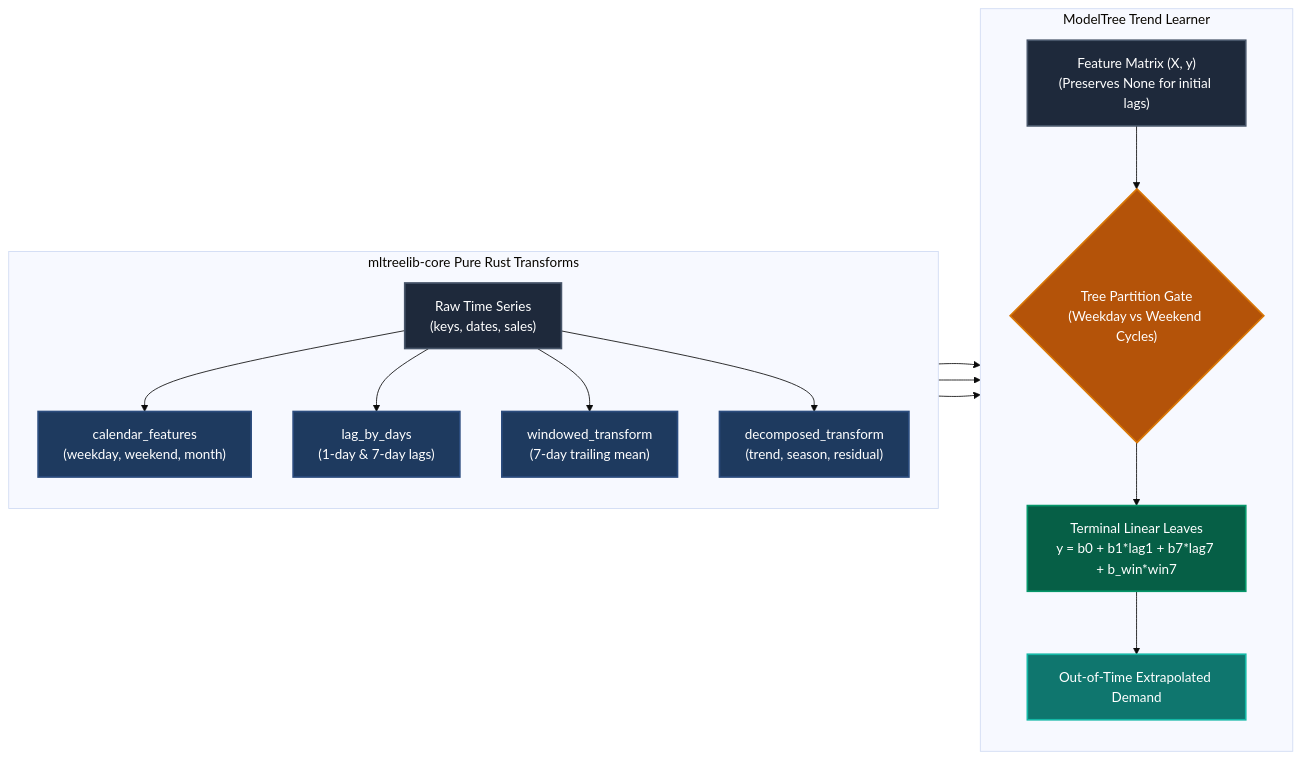
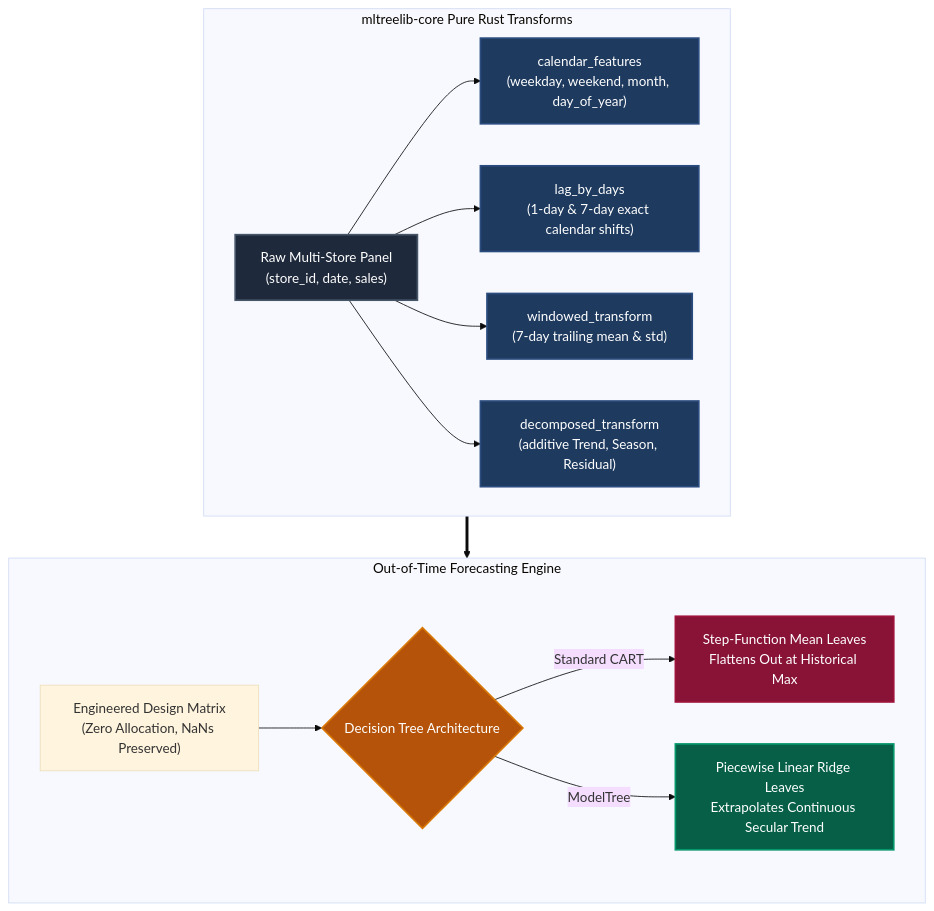
Before and after one commit to jkapila/mltreelib: the diagram in docs/examples/timeseries-forecasting.md, drawn with Mermaid (base theme). The commit also changed other lines of this file and 12 other files, not shown here.

````diff
--- a/docs/examples/timeseries-forecasting.md
+++ b/docs/examples/timeseries-forecasting.md
@@ -25,30 +15,31 @@
 ```mermaid
-flowchart LR
-    subgraph RustTransform["mltreelib-core Pure Rust Transforms"]
-        direction TB
-        Raw["Raw Time Series\n(keys, dates, sales)"] --> Cal["calendar_features\n(weekday, weekend, month)"]
-        Raw --> Lag["lag_by_days\n(1-day & 7-day lags)"]
-        Raw --> Win["windowed_transform\n(7-day trailing mean)"]
-        Raw --> Decomp["decomposed_transform\n(trend, season, residual)"]
+flowchart TD
+    subgraph DataEngine["mltreelib-core Pure Rust Transforms"]
+        direction LR
+        Raw["Raw Multi-Store Panel\n(store_id, date, sales)"] --> Cal["calendar_features\n(weekday, weekend, month, day_of_year)"]
+        Raw --> Lag["lag_by_days\n(1-day & 7-day exact calendar shifts)"]
+        Raw --> Win["windowed_transform\n(7-day trailing mean & std)"]
+        Raw --> Dec["decomposed_transform\n(additive Trend, Season, Residual)"]
     end
 
-    subgraph TreeModel["ModelTree Trend Learner"]
-        direction TB
-        Cal & Lag & Win --> Matrix["Feature Matrix (X, y)\n(Preserves None for initial lags)"]
-        Matrix --> Route{"Tree Partition Gate\n(Weekday vs Weekend Cycles)"}
-        Route --> LinearLeaf["Terminal Linear Leaves\ny = b0 + b1*lag1 + b7*lag7 + b_win*win7"]
-        LinearLeaf --> Forecast["Out-of-Time Extrapolated Demand"]
+    subgraph Modeling["Out-of-Time Forecasting Engine"]
+        direction LR
+        Features["Engineered Design Matrix\n(Zero Allocation, NaNs Preserved)"] --> SplitChoice{"Decision Tree Architecture"}
+        SplitChoice -- "Standard CART" --> StepModel["Step-Function Mean Leaves\nFlattens Out at Historical Max"]
+        SplitChoice -- "ModelTree" --> LinearModel["Piecewise Linear Ridge Leaves\nExtrapolates Continuous Secular Trend"]
     end
 
-    classDef dataBox fill:#1e293b,stroke:#475569,stroke-width:2px,color:#ffffff;
+    DataEngine ==> Modeling
+
+    classDef rawBox fill:#1e293b,stroke:#475569,stroke-width:2px,color:#ffffff;
     classDef rustBox fill:#1e3a5f,stroke:#2b4c7e,stroke-width:2px,color:#ffffff;
     classDef gateBox fill:#b45309,stroke:#d97706,stroke-width:2px,color:#ffffff;
-    classDef leafBox fill:#065f46,stroke:#059669,stroke-width:2px,color:#ffffff;
-    classDef outBox fill:#0f766e,stroke:#14b8a6,stroke-width:2px,color:#ffffff;
+    classDef failBox fill:#881337,stroke:#9f1239,stroke-width:2px,color:#ffffff;
+    classDef passBox fill:#065f46,stroke:#059669,stroke-width:2px,color:#ffffff;
 
-    class Raw,Matrix dataBox;
-    class Cal,Lag,Win,Decomp rustBox;
-    class Route gateBox;
-    class LinearLeaf leafBox;
-    class Forecast outBox;
+    class Raw rawBox;
+    class Cal,Lag,Win,Dec rustBox;
+    class SplitChoice gateBox;
+    class StepModel failBox;
+    class LinearModel passBox;
 ```
````
